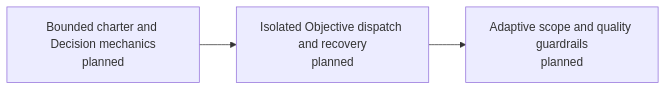
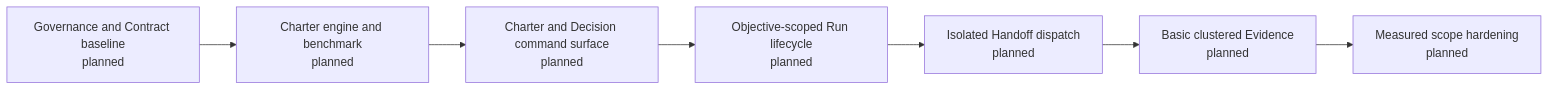
One commit to alexsmedile/spectacular changed the diagram in .spectacular/campaigns/context-sandwich-steering.md. Above: the diagram before and after it, drawn with Mermaid. The commit also changed other lines of this file and 4 other files, not shown here.

````diff
--- a/.spectacular/campaigns/context-sandwich-steering.md
+++ b/.spectacular/campaigns/context-sandwich-steering.md
@@ -30,8 +57,16 @@
 ```mermaid
 flowchart LR
-  B1["Bounded charter and Decision mechanics\nplanned"]
-  B2["Isolated Objective dispatch and recovery\nplanned"]
-  B3["Adaptive scope and quality guardrails\nplanned"]
+  B1["Governance and Contract baseline\nplanned"]
+  B2["Charter engine and benchmark\nplanned"]
+  B3["Charter and Decision command surface\nplanned"]
+  B4["Objective-scoped Run lifecycle\nplanned"]
+  B5["Isolated Handoff dispatch\nplanned"]
+  B6["Basic clustered Evidence\nplanned"]
+  B7["Measured scope hardening\nplanned"]
   B1 --> B2
   B2 --> B3
+  B3 --> B4
+  B4 --> B5
+  B5 --> B6
+  B6 --> B7
 ```
````
